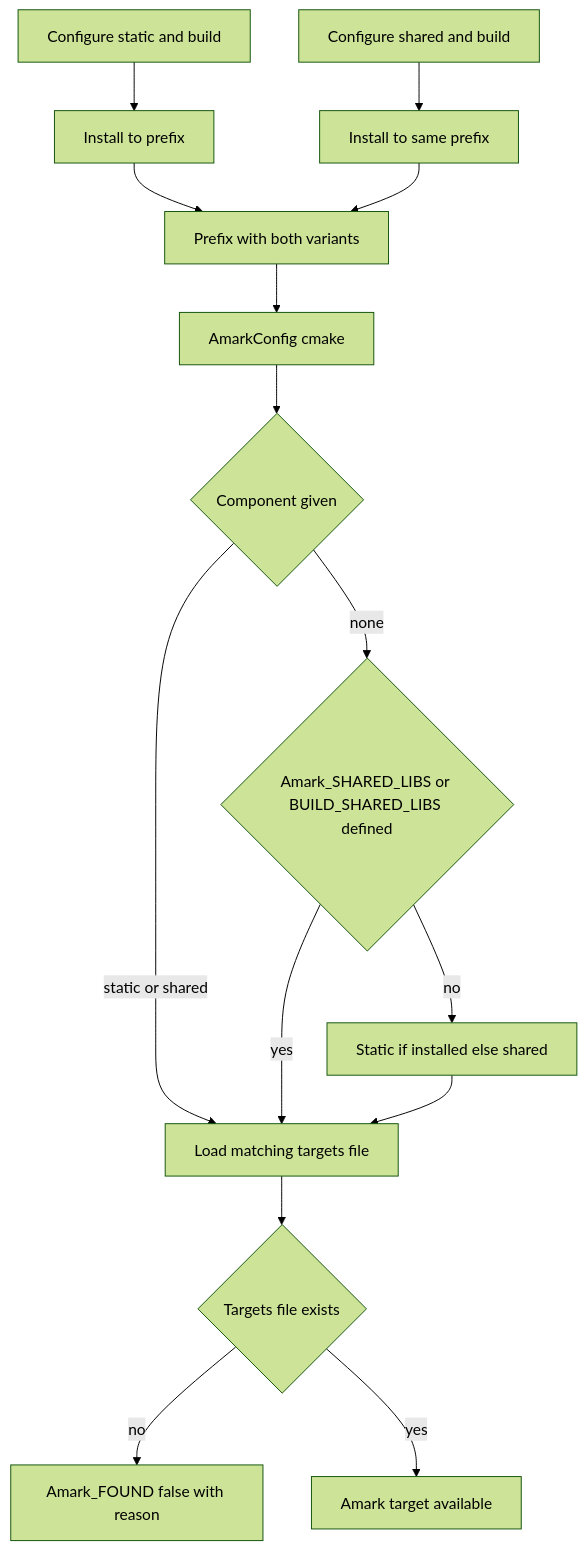
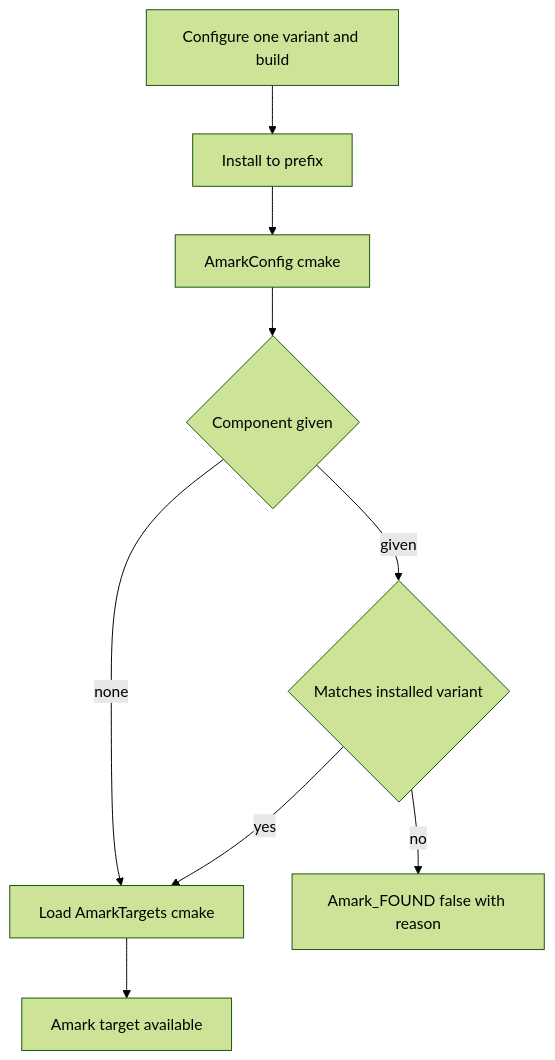
One commit to ktdevx/amark-private2 changed the third of 4 diagrams in .kiro/specs/foundation/design.md. Above: the diagram before and after it, drawn with Mermaid (forest theme). The commit also changed other lines of this file and 4 other files, not shown here.

First line of the commit message:
Update requirements and tasks for Amark library to separate static and dynamic builds

````diff
--- a/.kiro/specs/foundation/design.md
+++ b/.kiro/specs/foundation/design.md
@@ -264,17 +264,11 @@
 ```mermaid
 graph TB
-    BuildStatic[Configure static and build] --> InstallStatic[Install to prefix]
-    BuildShared[Configure shared and build] --> InstallShared[Install to same prefix]
-    InstallStatic --> Prefix[Prefix with both variants]
-    InstallShared --> Prefix
-    Prefix --> Config[AmarkConfig cmake]
+    Build[Configure one variant and build] --> Install[Install to prefix]
+    Install --> Config[AmarkConfig cmake]
     Config --> Comp{Component given}
-    Comp -->|static or shared| Load[Load matching targets file]
-    Comp -->|none| Var{Amark_SHARED_LIBS or BUILD_SHARED_LIBS defined}
-    Var -->|yes| Load
-    Var -->|no| Default[Static if installed else shared]
-    Default --> Load
-    Load --> Missing{Targets file exists}
-    Missing -->|no| NotFound[Amark_FOUND false with reason]
-    Missing -->|yes| Found[Amark target available]
+    Comp -->|none| Load[Load AmarkTargets cmake]
+    Comp -->|given| Match{Matches installed variant}
+    Match -->|yes| Load
+    Match -->|no| NotFound[Amark_FOUND false with reason]
+    Load --> Found[Amark target available]
 ```
````
